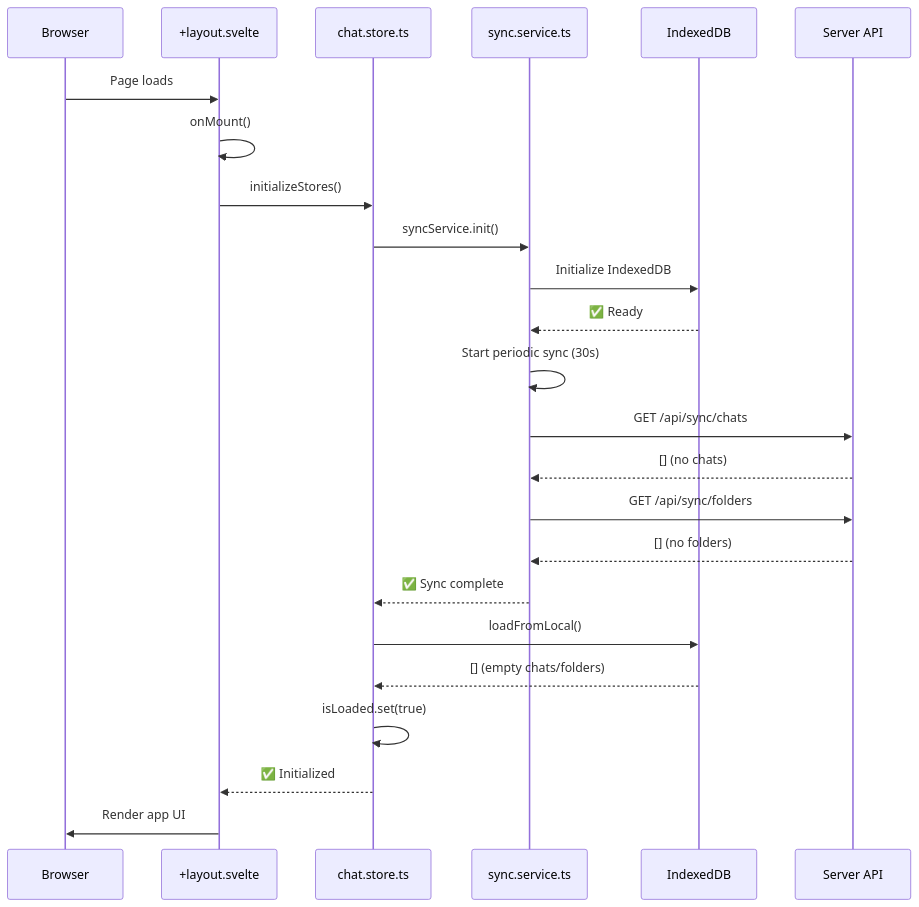
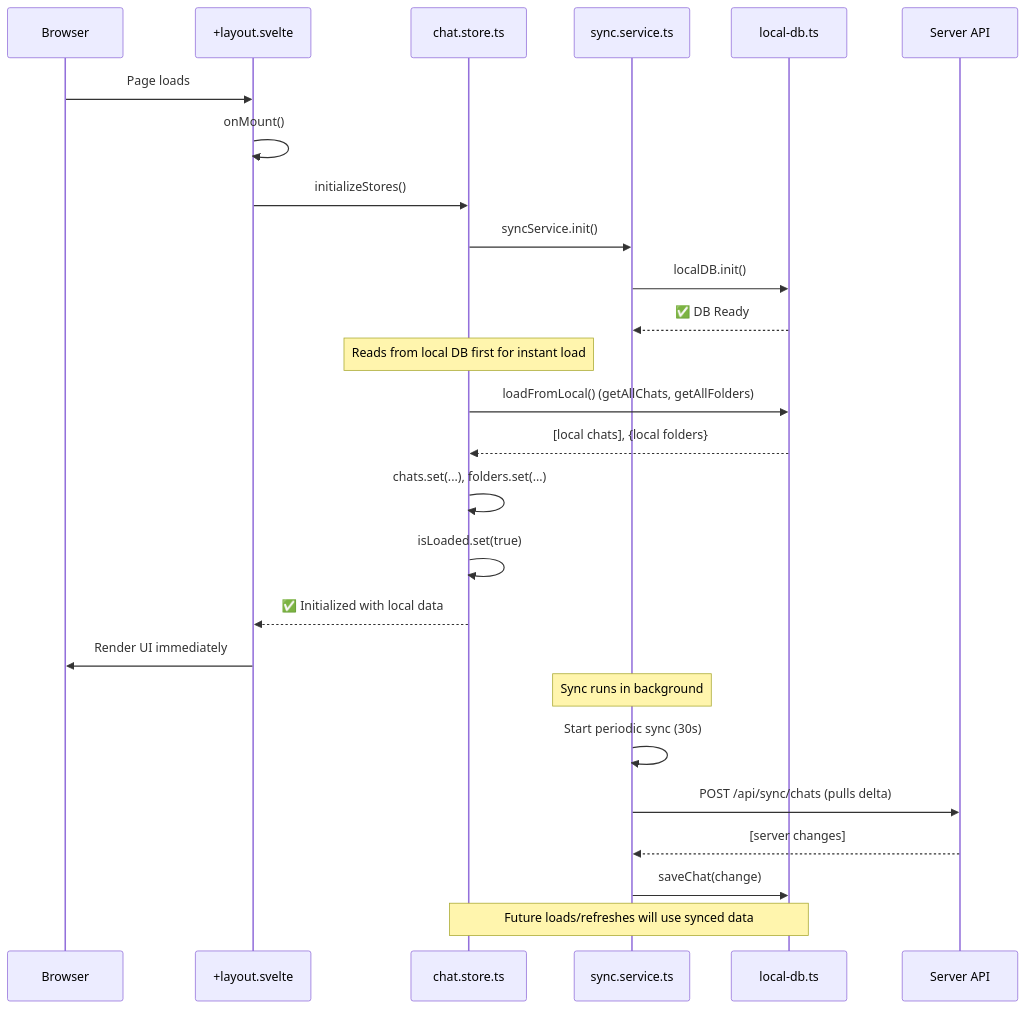
The first of 5 diagrams in doc/specs/3-flows.md (m1981/mychat-svelte), drawn with Mermaid before and after one commit. The commit also changed other lines of this file, not shown here.

Commit message:
ref: update local-db.ts references in flows

````diff
--- a/doc/specs/3-flows.md
+++ b/doc/specs/3-flows.md
@@ -2,31 +2,34 @@
 ```mermaid
 sequenceDiagram
     participant Browser
     participant Layout as +layout.svelte
     participant Store as chat.store.ts
     participant Sync as sync.service.ts
-    participant IDB as IndexedDB
+    participant IDB as local-db.ts
     participant API as Server API
 
     Browser->>Layout: Page loads
     Layout->>Layout: onMount()
     Layout->>Store: initializeStores()
     
     Store->>Sync: syncService.init()
-    Sync->>IDB: Initialize IndexedDB
-    IDB-->>Sync: ✅ Ready
+    Sync->>IDB: localDB.init()
+    IDB-->>Sync: ✅ DB Ready
     
+    Note over Store: Reads from local DB first for instant load
+    Store->>IDB: loadFromLocal() (getAllChats, getAllFolders)
+    IDB-->>Store: [local chats], {local folders}
+    Store->>Store: chats.set(...), folders.set(...)
+    Store->>Store: isLoaded.set(true)
+    Store-->>Layout: ✅ Initialized with local data
+    
+    Layout->>Browser: Render UI immediately
+    
+    Note over Sync: Sync runs in background
     Sync->>Sync: Start periodic sync (30s)
-    Sync->>API: GET /api/sync/chats
-    API-->>Sync: [] (no chats)
-    Sync->>API: GET /api/sync/folders
-    API-->>Sync: [] (no folders)
-    Sync-->>Store: ✅ Sync complete
+    Sync->>API: POST /api/sync/chats (pulls delta)
+    API-->>Sync: [server changes]
+    Sync->>IDB: saveChat(change)
     
-    Store->>IDB: loadFromLocal()
-    IDB-->>Store: [] (empty chats/folders)
-    Store->>Store: isLoaded.set(true)
-    Store-->>Layout: ✅ Initialized
-    
-    Layout->>Browser: Render app UI
+    Note over IDB, Store: Future loads/refreshes will use synced data
 ```
````
